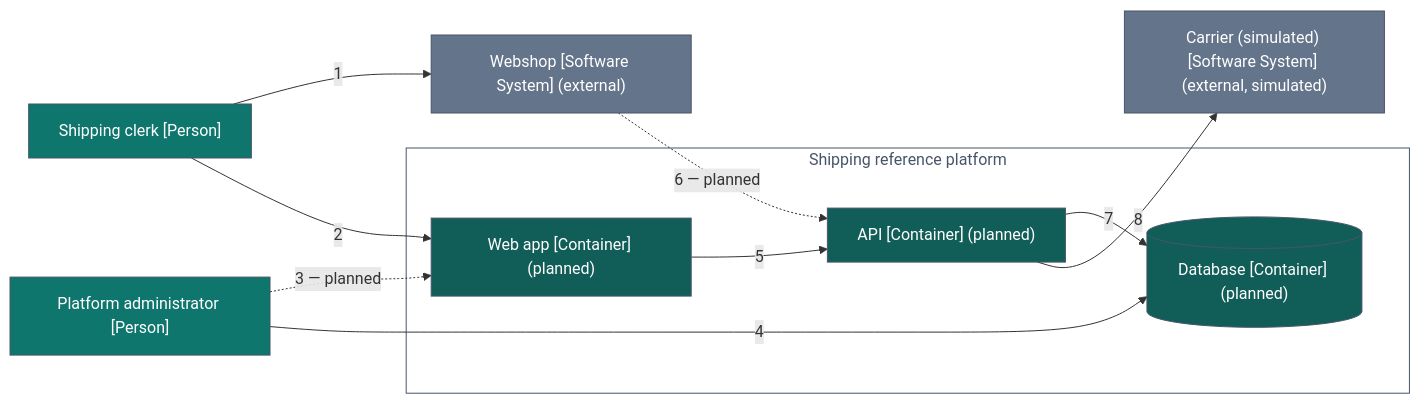
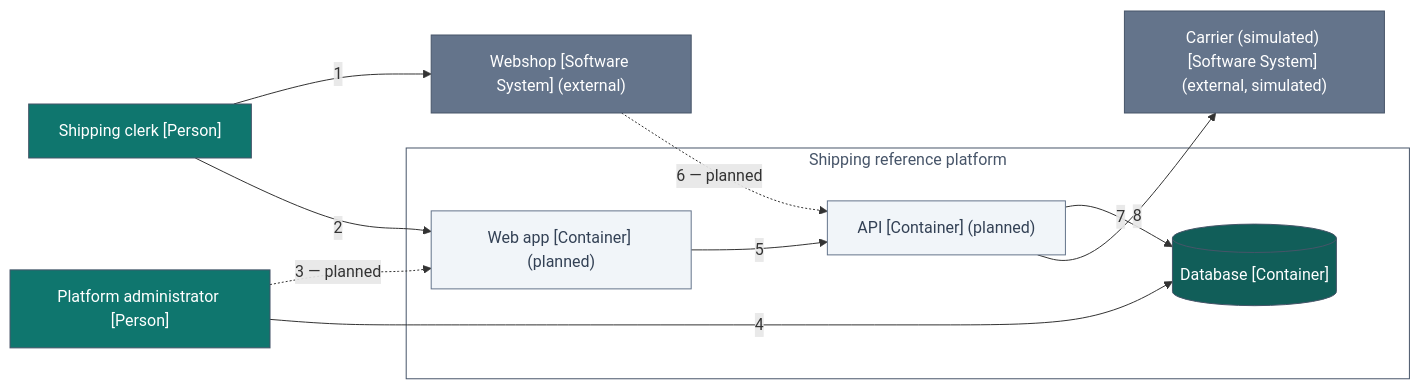
Before and after one commit to Stig-Johnny/shipping-reference-platform: the diagram in docs/architecture/containers.mmd, drawn with Mermaid. The commit also changed 22 other files, not shown here.

```diff
--- a/docs/architecture/containers.mmd
+++ b/docs/architecture/containers.mmd
@@ -1,29 +1,29 @@
 %% Generated—do not hand-edit. Source: architecture/workspace.dsl, view Containers.
 flowchart LR
     accTitle: Containers
     accDescr: Container view with 7 elements and 8 relationships. The tables on the page list every one of them.
     1["Shipping clerk [Person]"]
     style 1 fill:#0f766e,stroke:#475569,color:#ffffff
     2["Platform administrator [Person]"]
     style 2 fill:#0f766e,stroke:#475569,color:#ffffff
     3["Webshop [Software System] (external)"]
     style 3 fill:#64748b,stroke:#475569,color:#ffffff
     4["Carrier (simulated) [Software System] (external, simulated)"]
     style 4 fill:#64748b,stroke:#475569,color:#ffffff
     subgraph 5 ["Shipping reference platform"]
         style 5 fill:#ffffff,stroke:#475569,color:#475569
-        15[("Database [Container] (planned)")]
+        15[("Database [Container]")]
         style 15 fill:#115e59,stroke:#475569,color:#ffffff
         6["Web app [Container] (planned)"]
-        style 6 fill:#115e59,stroke:#475569,color:#ffffff
+        style 6 fill:#f1f5f9,stroke:#64748b,color:#334155
         7["API [Container] (planned)"]
-        style 7 fill:#115e59,stroke:#475569,color:#ffffff
+        style 7 fill:#f1f5f9,stroke:#64748b,color:#334155
     end
     1 -->|"1"| 3
     1 -->|"2"| 6
     2 -.->|"3 — planned"| 6
     2 -->|"4"| 15
     6 -->|"5"| 7
     3 -.->|"6 — planned"| 7
     7 -->|"7"| 15
     7 -->|"8"| 4
```
